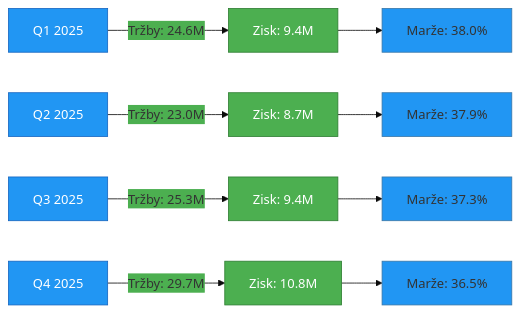
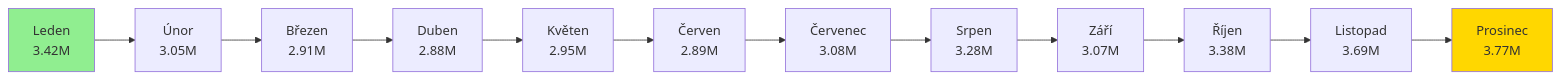
Before and after one commit to martinrysanek/PlanningAnalytics: the fifth of 5 diagrams in output.md, drawn with Mermaid. The commit also changed other lines of this file, not shown here.

````diff
--- a/output.md
+++ b/output.md
@@ -104,22 +119,16 @@
 ```mermaid
-%%{init: {'theme':'base', 'themeVariables': { 'primaryColor':'#2196F3','secondaryColor':'#4CAF50','tertiaryColor':'#FF9800'}}}%%
 graph LR
-    A[Q1 2025] -->|Tržby: 24.6M| B[Zisk: 9.4M]
-    C[Q2 2025] -->|Tržby: 23.0M| D[Zisk: 8.7M]
-    E[Q3 2025] -->|Tržby: 25.3M| F[Zisk: 9.4M]
-    G[Q4 2025] -->|Tržby: 29.7M| H[Zisk: 10.8M]
-    
-    B --> I[Marže: 38.0%]
-    D --> J[Marže: 37.9%]
-    F --> K[Marže: 37.3%]
-    H --> L[Marže: 36.5%]
-    
-    style A fill:#2196F3,stroke:#1565C0,color:#fff
-    style C fill:#2196F3,stroke:#1565C0,color:#fff
-    style E fill:#2196F3,stroke:#1565C0,color:#fff
-    style G fill:#2196F3,stroke:#1565C0,color:#fff
-    style B fill:#4CAF50,stroke:#2E7D32,color:#fff
-    style D fill:#4CAF50,stroke:#2E7D32,color:#fff
-    style F fill:#4CAF50,stroke:#2E7D32,color:#fff
-    style H fill:#4CAF50,stroke:#2E7D32,color:#fff
+    A[Leden<br/>3.42M] --> B[Únor<br/>3.05M]
+    B --> C[Březen<br/>2.91M]
+    C --> D[Duben<br/>2.88M]
+    D --> E[Květen<br/>2.95M]
+    E --> F[Červen<br/>2.89M]
+    F --> G[Červenec<br/>3.08M]
+    G --> H[Srpen<br/>3.28M]
+    H --> I[Září<br/>3.07M]
+    I --> J[Říjen<br/>3.38M]
+    J --> K[Listopad<br/>3.69M]
+    K --> L[Prosinec<br/>3.77M]
+    style A fill:#90EE90
+    style L fill:#FFD700
 ```
````
